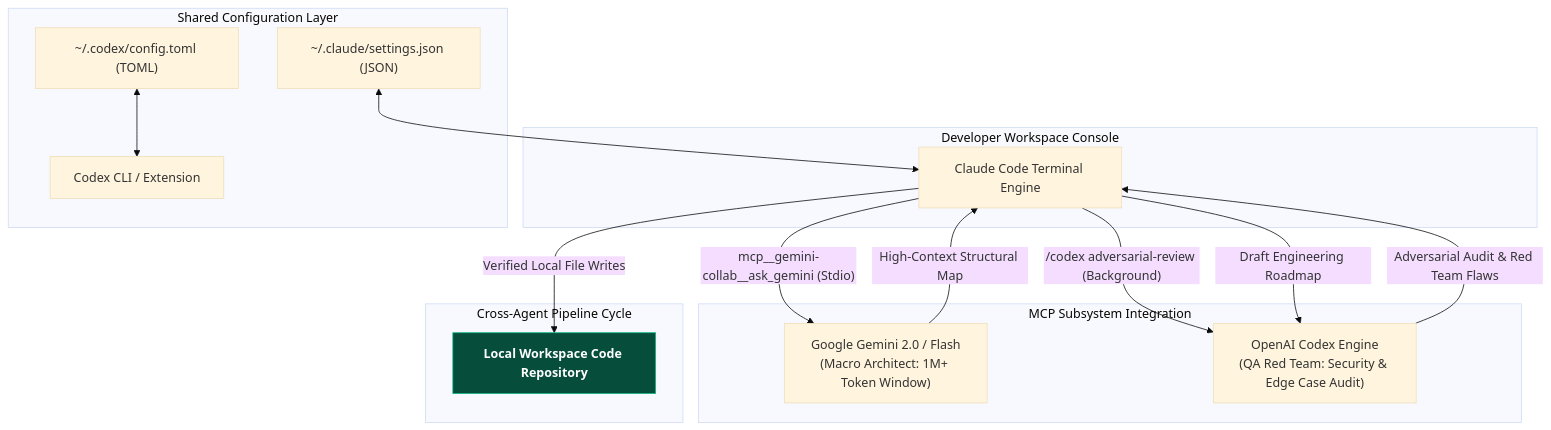
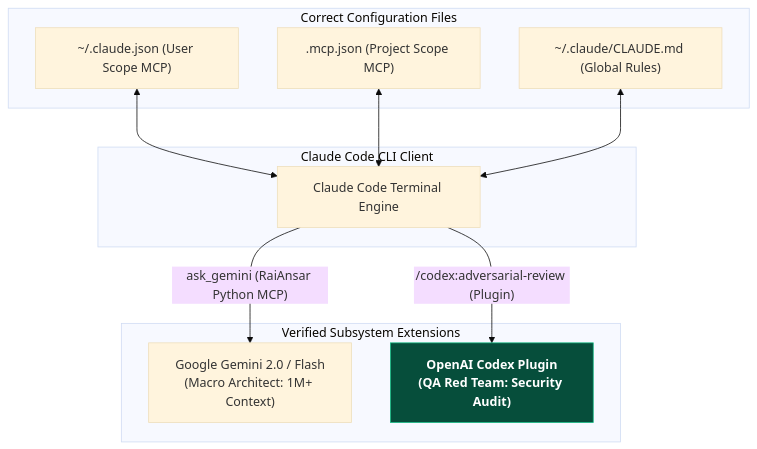
One commit to hanax-ai/sdd-core-citadel changed the diagram in reviews/Gemini_2026-07-30_20-27-00_ClaudeCodeGeminiMCPIntegrationGuide.md. Above: the diagram before and after it, drawn with Mermaid (base theme). The commit also changed other lines of this file and 1 other file, not shown here.

Commit message:
Apply Claude review corrections to integration guide and add verification report

````diff
--- a/reviews/Gemini_2026-07-30_20-27-00_ClaudeCodeGeminiMCPIntegrationGuide.md
+++ b/reviews/Gemini_2026-07-30_20-27-00_ClaudeCodeGeminiMCPIntegrationGuide.md
@@ -19,26 +22,20 @@
 ```mermaid
 flowchart TD
-    subgraph Client ["Developer Workspace Console"]
+    subgraph Client ["Claude Code CLI Client"]
         CC["Claude Code Terminal Engine"]
     end
 
-    subgraph ConfigSync ["Shared Configuration Layer"]
-        JSON["~/.claude/settings.json (JSON)"] <--> CC
-        TOML["~/.codex/config.toml (TOML)"] <--> CodexCLI["Codex CLI / Extension"]
+    subgraph Configs ["Correct Configuration Files"]
+        UserConfig["~/.claude.json (User Scope MCP)"] <--> CC
+        ProjConfig[".mcp.json (Project Scope MCP)"] <--> CC
+        GlobalRules["~/.claude/CLAUDE.md (Global Rules)"] <--> CC
     end
 
-    subgraph Subsystems ["MCP Subsystem Integration"]
-        CC -->|"mcp__gemini-collab__ask_gemini (Stdio)"| GeminiEngine["Google Gemini 2.0 / Flash<br/>(Macro Architect: 1M+ Token Window)"]
-        CC -->|"/codex adversarial-review (Background)"| CodexEngine["OpenAI Codex Engine<br/>(QA Red Team: Security & Edge Case Audit)"]
-    end
-
-    subgraph Flow ["Cross-Agent Pipeline Cycle"]
-        GeminiEngine -->|"High-Context Structural Map"| CC
-        CC -->|"Draft Engineering Roadmap"| CodexEngine
-        CodexEngine -->|"Adversarial Audit & Red Team Flaws"| CC
-        CC -->|"Verified Local File Writes"| Disk["Local Workspace Code Repository"]
+    subgraph Extensions ["Verified Subsystem Extensions"]
+        CC -->|"ask_gemini (RaiAnsar Python MCP)"| GeminiServer["Google Gemini 2.0 / Flash<br/>(Macro Architect: 1M+ Context)"]
+        CC -->|"/codex:adversarial-review (Plugin)"| CodexPlugin["OpenAI Codex Plugin<br/>(QA Red Team: Security Audit)"]
     end
 
     classDef passStyle fill:#064e3b,stroke:#10b981,color:#fff,font-weight:bold;
-    Disk:::passStyle
+    CodexPlugin:::passStyle
 ```
````
